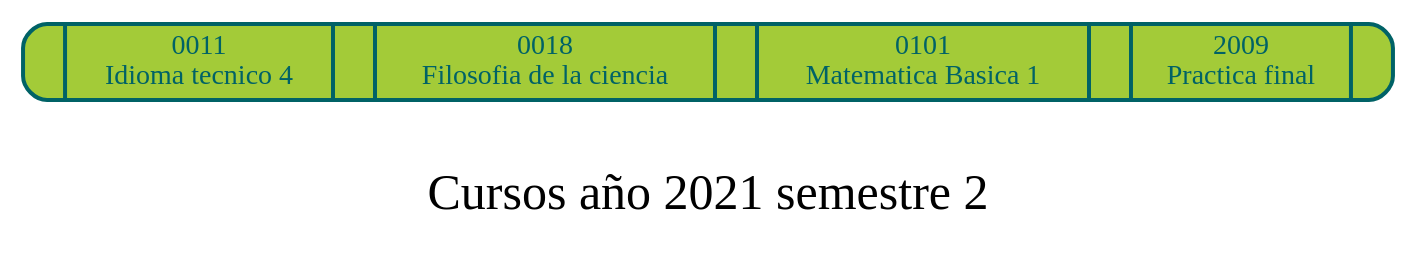
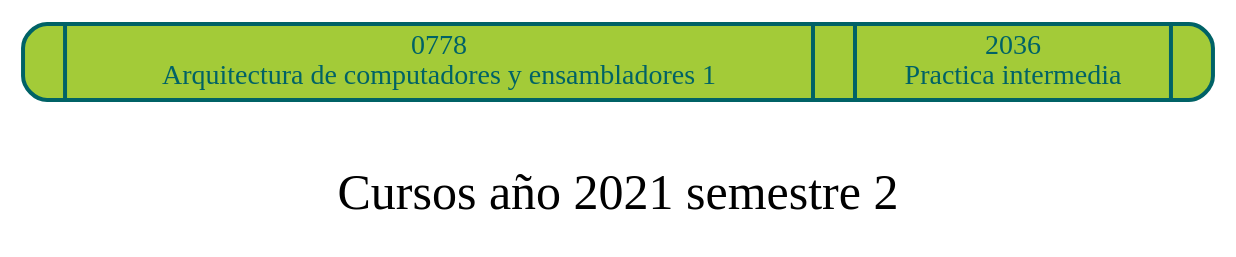
One commit to DanielDubonDR/EDD_SmartClass_201901772 changed the diagram in Fase_3/Archivos_dot/CursosPensum.dot. Above: the diagram before and after it, drawn with Graphviz. The commit also changed 16 other files, not shown here.

```diff
--- a/Fase_3/Archivos_dot/CursosPensum.dot
+++ b/Fase_3/Archivos_dot/CursosPensum.dot
@@ -1,11 +1,11 @@
  
         digraph BTree
         {
         label="\nCursos año 2021 semestre 2" fontsize=25;
         rankdir=TB;
         node[color=" #006266",style="filled, rounded", fillcolor=" #A3CB38", shape=record penwidth=2, fontcolor=" #006266"];
         edge[color=" #006266" penwidth=1.3 arrowhead=vee];
         splines=false;
         
-		Nodo0011[label="<f0> | <f1>0011\nIdioma tecnico 4 | <f2>  | <f3>0018\nFilosofia de la ciencia | <f4>  | <f5>0101\nMatematica Basica 1 | <f6>  | <f7>2009\nPractica final | <f8>  ", group=0];
+		Nodo0778[label="<f0> | <f1>0778\nArquitectura de computadores y ensambladores 1 | <f2>  | <f3>2036\nPractica intermedia | <f4>  ", group=0];
 	}
```
